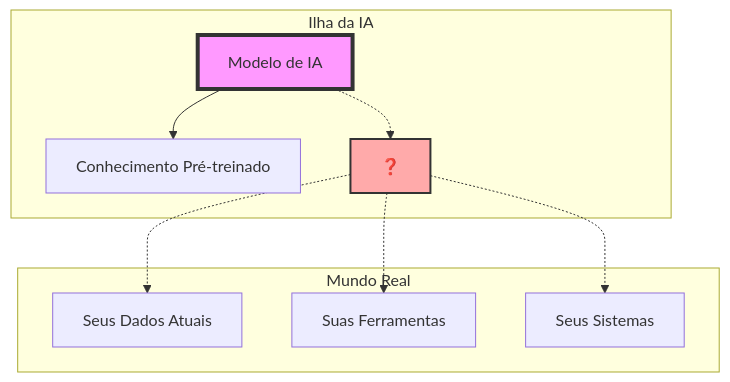
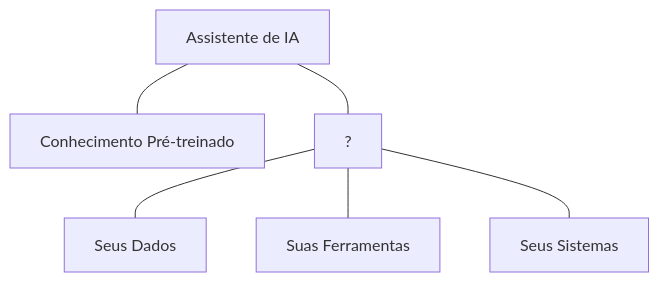
One commit to felipepimentel/my-public-notes changed the second of 19 diagrams in AI/Comunicação/MCP/00-mcp-presentation-zero to hero.md. Above: the diagram before and after it, drawn with Mermaid. The commit also changed other lines of this file, not shown here.

````diff
--- a/AI/Comunicação/MCP/00-mcp-presentation-zero to hero.md
+++ b/AI/Comunicação/MCP/00-mcp-presentation-zero to hero.md
@@ -63,20 +51,8 @@
 ```mermaid
 graph TD
-    subgraph "Ilha da IA"
-        AI[Modelo de IA] --> K[Conhecimento Pré-treinado]
-        AI -.-> X[❓]
-    end
-    
-    subgraph "Mundo Real"
-        D[Seus Dados Atuais]
-        T[Suas Ferramentas]
-        S[Seus Sistemas]
-    end
-    
-    X -.-> D
-    X -.-> T
-    X -.-> S
-    
-    style AI fill:#f9f,stroke:#333,stroke-width:4px
-    style X fill:#faa,stroke:#333,stroke-width:2px
+    A[Assistente de IA] --- B[Conhecimento Pré-treinado]
+    A --- C[?]
+    C --- D[Seus Dados]
+    C --- E[Suas Ferramentas]
+    C --- F[Seus Sistemas]
 ```
````
